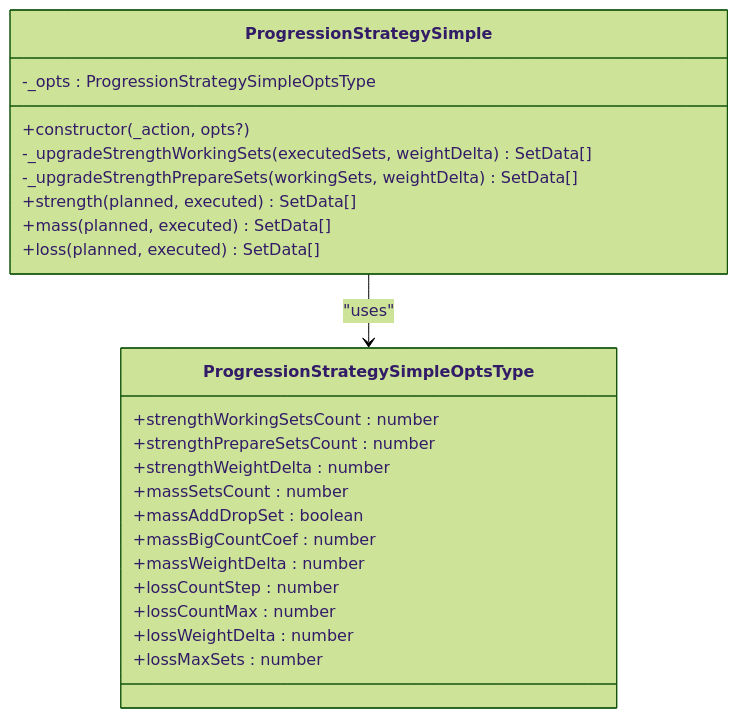
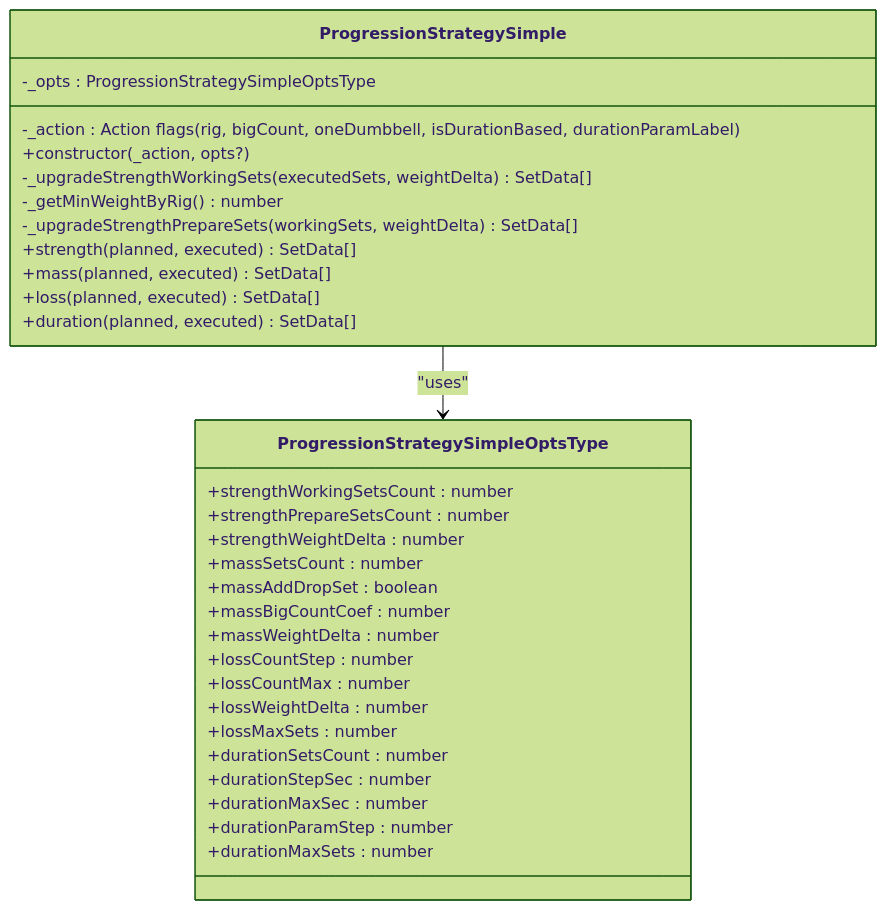
Before and after one commit to Dezzpil/meingym: the third of 9 diagrams in .qoder/repowiki/en/content/Core Business Logic/Progression Strategies.md, drawn with Mermaid (forest theme). The commit also changed other lines of this file and 12 other files, not shown here.

````diff
--- a/.qoder/repowiki/en/content/Core Business Logic/Progression Strategies.md
+++ b/.qoder/repowiki/en/content/Core Business Logic/Progression Strategies.md
@@ -131,26 +147,34 @@
 ```mermaid
 classDiagram
 class ProgressionStrategySimple {
 -_opts : ProgressionStrategySimpleOptsType
+-_action : Action flags (rig, bigCount, oneDumbbell, isDurationBased, durationParamLabel)
 +constructor(_action, opts?)
 -_upgradeStrengthWorkingSets(executedSets, weightDelta) SetData[]
+-_getMinWeightByRig() number
 -_upgradeStrengthPrepareSets(workingSets, weightDelta) SetData[]
 +strength(planned, executed) SetData[]
 +mass(planned, executed) SetData[]
 +loss(planned, executed) SetData[]
++duration(planned, executed) SetData[]
 }
 class ProgressionStrategySimpleOptsType {
 +strengthWorkingSetsCount : number
 +strengthPrepareSetsCount : number
 +strengthWeightDelta : number
 +massSetsCount : number
 +massAddDropSet : boolean
 +massBigCountCoef : number
 +massWeightDelta : number
 +lossCountStep : number
 +lossCountMax : number
 +lossWeightDelta : number
 +lossMaxSets : number
++durationSetsCount : number
++durationStepSec : number
++durationMaxSec : number
++durationParamStep : number
++durationMaxSets : number
 }
 ProgressionStrategySimple --> ProgressionStrategySimpleOptsType : "uses"
 ```
````
